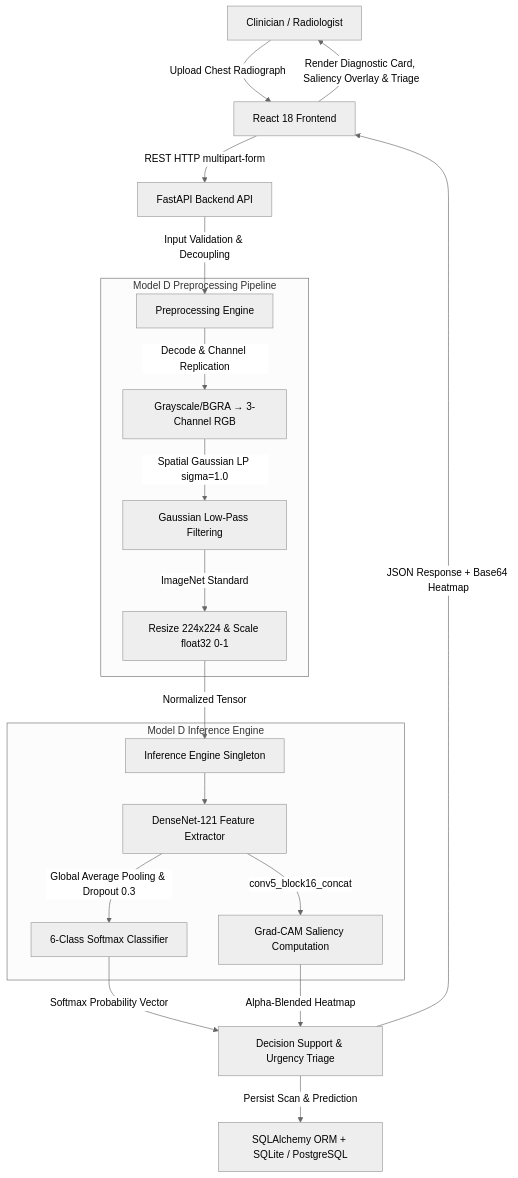
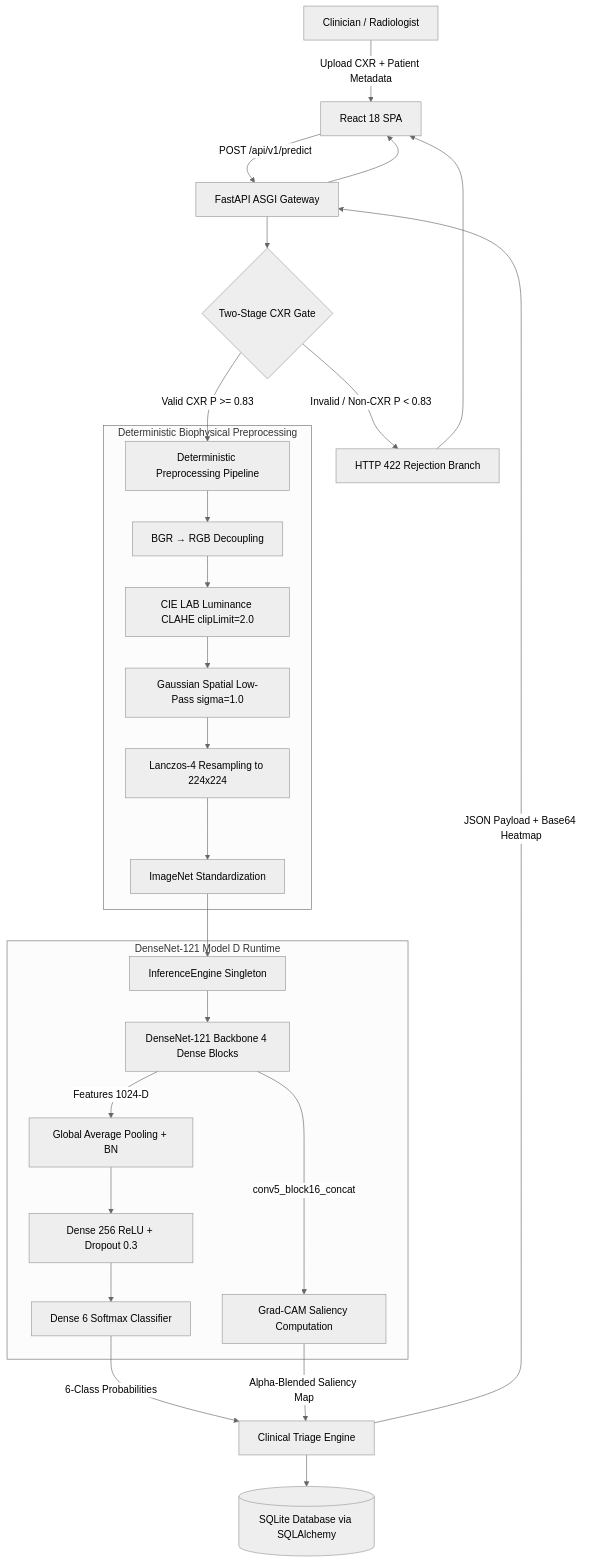
Before and after one commit to KSathwik/Lung_Disease_Detector: the second of 2 diagrams in README.md, drawn with Mermaid (neutral theme). The commit also changed other lines of this file and 57 other files, not shown here.

First line of the commit message:
feat(release): finalize research deliverables, CXR gate, UML suite, and documentation

````diff
--- a/README.md
+++ b/README.md
@@ -48,27 +95,36 @@
 ```mermaid
 flowchart TD
-    A[Clinician / Radiologist] -->|Upload Chest Radiograph| B[React 18 Frontend]
-    B -->|REST HTTP multipart-form| C[FastAPI Backend API]
-    C -->|Input Validation & Decoupling| D[Preprocessing Engine]
+    User[Clinician / Radiologist] -->|Upload CXR + Patient Metadata| Frontend[React 18 SPA]
+    Frontend -->|POST /api/v1/predict| Gateway[FastAPI ASGI Gateway]
     
-    subgraph Preprocessing [Model D Preprocessing Pipeline]
-        D -->|Decode & Channel Replication| D1[Grayscale/BGRA → 3-Channel RGB]
-        D1 -->|Spatial Gaussian LP sigma=1.0| D2[Gaussian Low-Pass Filtering]
-        D2 -->|ImageNet Standard| D3[Resize 224x224 & Scale float32 0-1]
+    Gateway --> Gate{Two-Stage CXR Gate}
+    Gate -->|Invalid / Non-CXR P < 0.83| Rejection[HTTP 422 Rejection Branch]
+    Rejection --> Frontend
+    
+    Gate -->|Valid CXR P >= 0.83| Preproc[Deterministic Preprocessing Pipeline]
+    
+    subgraph Pipeline [Deterministic Biophysical Preprocessing]
+        Preproc --> P1[BGR → RGB Decoupling]
+        P1 --> P2[CIE LAB Luminance CLAHE clipLimit=2.0]
+        P2 --> P3[Gaussian Spatial Low-Pass sigma=1.0]
+        P3 --> P4[Lanczos-4 Resampling to 224x224]
+        P4 --> P5[ImageNet Standardization]
     end
     
-    D3 -->|Normalized Tensor| E[Inference Engine Singleton]
+    P5 --> Singleton[InferenceEngine Singleton]
     
-    subgraph ML_Inference [Model D Inference Engine]
-        E --> F[DenseNet-121 Feature Extractor]
-        F -->|conv5_block16_concat| G[Grad-CAM Saliency Computation]
-        F -->|Global Average Pooling & Dropout 0.3| H[6-Class Softmax Classifier]
+    subgraph Model_D [DenseNet-121 Model D Runtime]
+        Singleton --> Backbone[DenseNet-121 Backbone 4 Dense Blocks]
+        Backbone -->|Features 1024-D| GAP[Global Average Pooling + BN]
+        GAP --> Bottleneck[Dense 256 ReLU + Dropout 0.3]
+        Bottleneck --> Head[Dense 6 Softmax Classifier]
+        Backbone -->|conv5_block16_concat| GradCAM[Grad-CAM Saliency Computation]
     end
     
-    H -->|Softmax Probability Vector| I[Decision Support & Urgency Triage]
-    G -->|Alpha-Blended Heatmap| I
+    Head -->|6-Class Probabilities| Triage[Clinical Triage Engine]
+    GradCAM -->|Alpha-Blended Saliency Map| Triage
     
-    I -->|Persist Scan & Prediction| J[SQLAlchemy ORM + SQLite / PostgreSQL]
-    I -->|JSON Response + Base64 Heatmap| B
-    B -->|Render Diagnostic Card, Saliency Overlay & Triage| A
+    Triage --> DB[(SQLite Database via SQLAlchemy)]
+    Triage -->|JSON Payload + Base64 Heatmap| Gateway
+    Gateway --> Frontend
 ```
````
